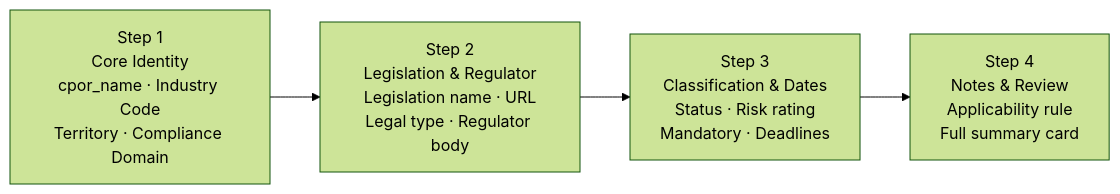
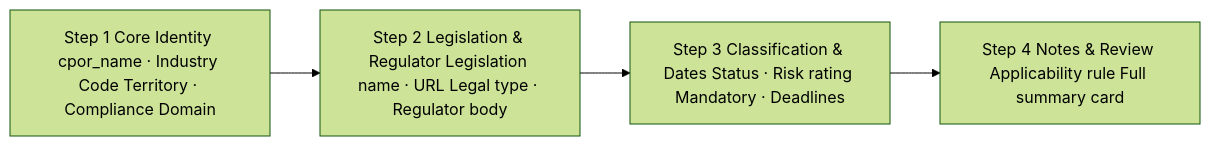
One commit to enewbold-devops/CPOR-Industry-Engagement changed the fifth of 23 diagrams in README.md. Above: the diagram before and after it, drawn with Mermaid (forest theme). The commit also changed other lines of this file, not shown here.

````diff
--- a/README.md
+++ b/README.md
@@ -356,4 +356,4 @@
 ```mermaid
 flowchart LR
-    S1["Step 1\nCore Identity\ncpor_name · Industry Code\nTerritory · Compliance Domain"] --> S2["Step 2\nLegislation & Regulator\nLegislation name · URL\nLegal type · Regulator body"] --> S3["Step 3\nClassification & Dates\nStatus · Risk rating\nMandatory · Deadlines"] --> S4["Step 4\nNotes & Review\nApplicability rule\nFull summary card"]
+    S1["Step 1 Core Identity cpor_name · Industry Code Territory · Compliance Domain"] --> S2["Step 2 Legislation & Regulator Legislation name · URL Legal type · Regulator body"] --> S3["Step 3 Classification & Dates Status · Risk rating Mandatory · Deadlines"] --> S4["Step 4 Notes & Review Applicability rule Full summary card"]
 ```
````
